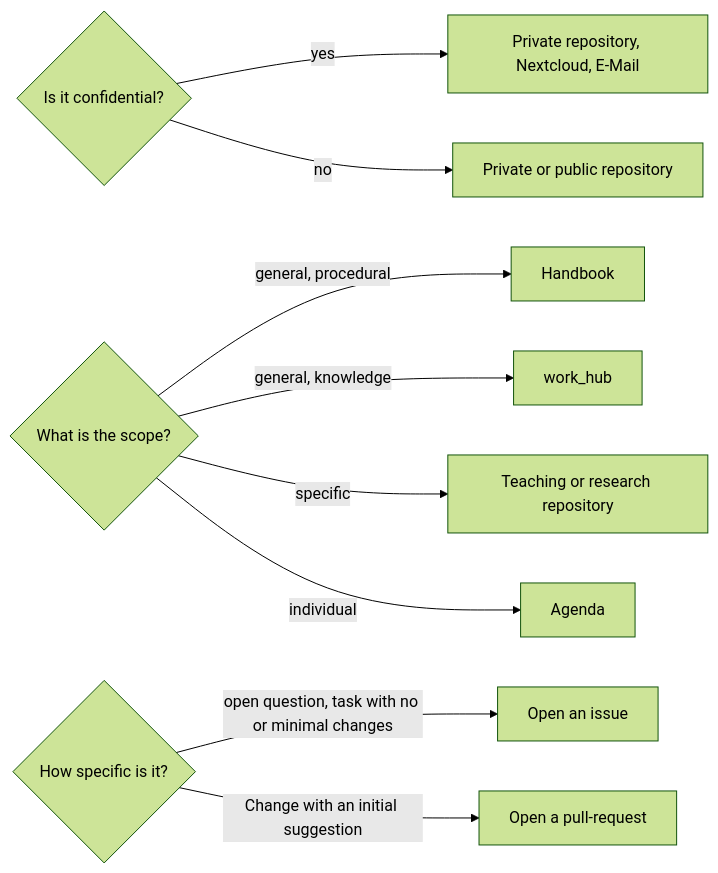
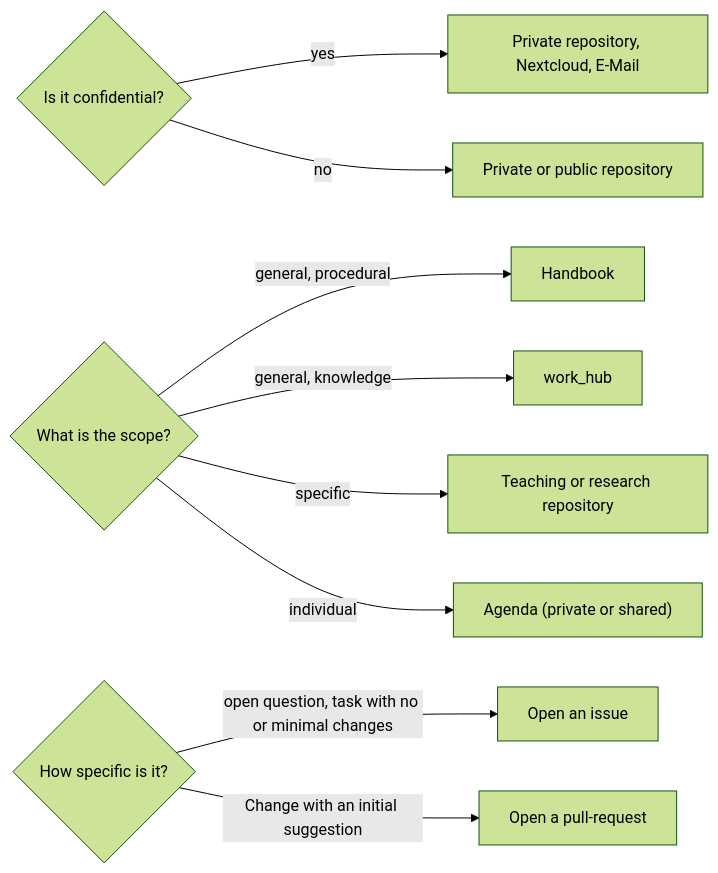
One commit to digital-work-lab/handbook changed the diagram in docs/10-lab/10_processes/10.04.sop.md. Above: the diagram before and after it, drawn with Mermaid (forest theme). The commit also changed other lines of this file, not shown here.

````diff
--- a/docs/10-lab/10_processes/10.04.sop.md
+++ b/docs/10-lab/10_processes/10.04.sop.md
@@ -54,16 +60,16 @@
 ```mermaid
 flowchart LR
     B{Is it confidential?}
     B -->|yes| C["Private repository, Nextcloud, E-Mail"]
     B -->|no| D["Private or public repository"]
 
     E{What is the scope?}
     E -->|general, procedural| F["Handbook"]
     E -->|general, knowledge| G["work_hub"]
     E -->|specific| H["Teaching or research repository"]
-    E -->|individual| P["Agenda"]
+    E -->|individual| P["Agenda (private or shared)"]
 
     J{How specific is it?}
     J -->|open question, task with no or minimal changes| K["Open an issue"]
     J -->|Change with an initial suggestion| L["Open a pull-request"]
 ```
````
